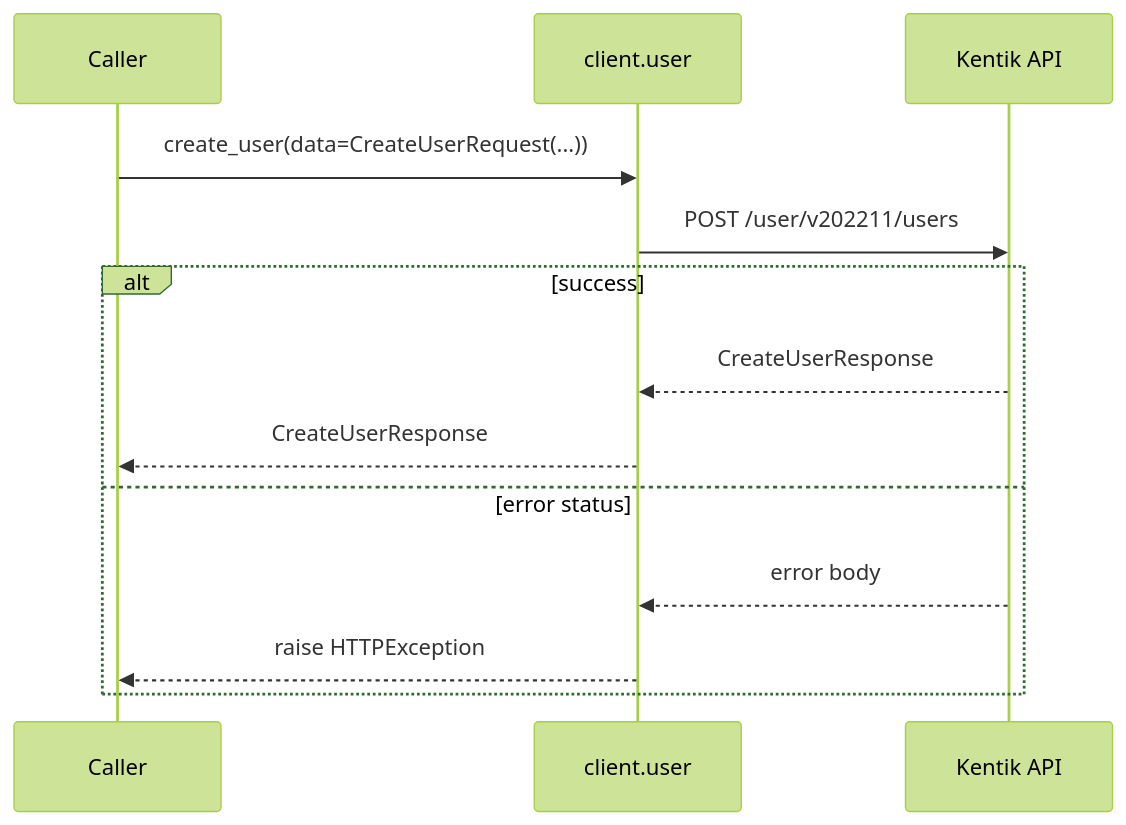
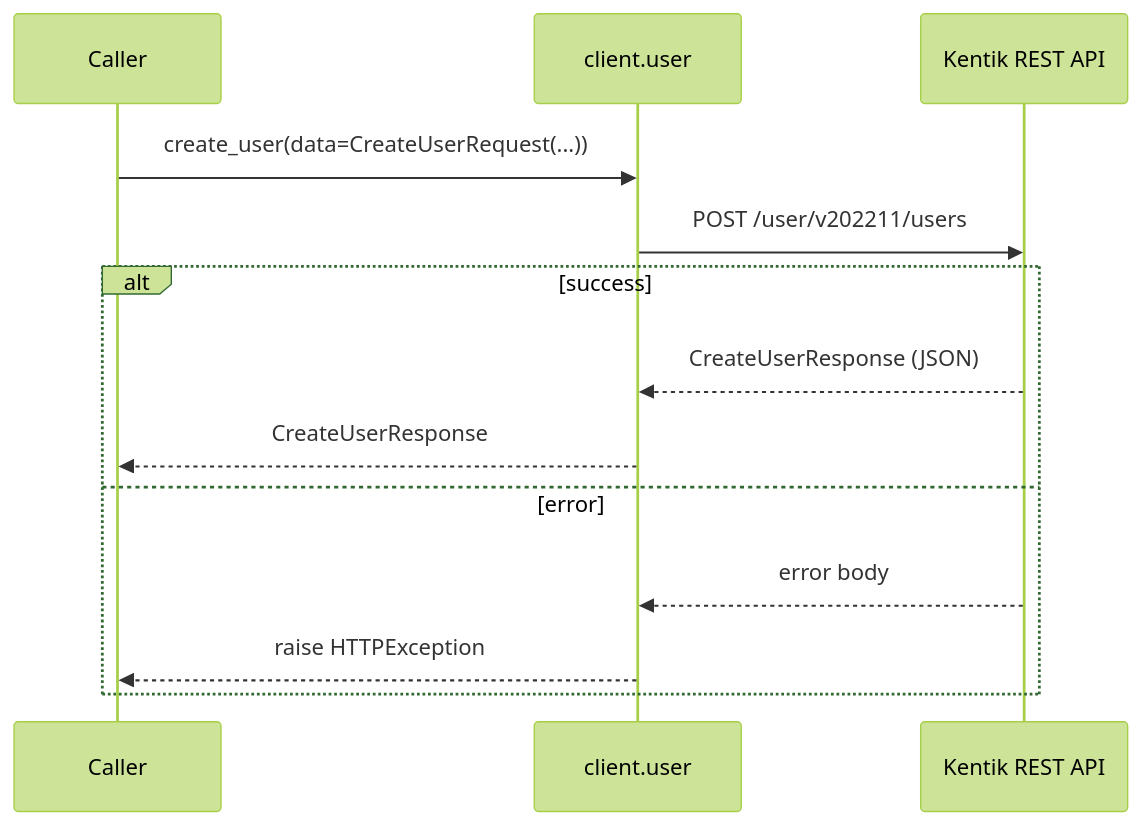
The fourth of 16 diagrams in docs/sphinx/services/user.md (alexdearaujo/community_sdk_python), drawn with Mermaid (forest theme) before and after one commit. The commit also changed other lines of this file and 61 other files, not shown here.

````diff
--- a/docs/sphinx/services/user.md
+++ b/docs/sphinx/services/user.md
@@ -75,16 +102,16 @@
 ```mermaid
 sequenceDiagram
     participant C as Caller
     participant W as client.user
-    participant API as Kentik API
+    participant API as Kentik REST API
 
     C->>W: create_user(data=CreateUserRequest(...))
     W->>API: POST /user/v202211/users
     alt success
-        API-->>W: CreateUserResponse
+        API-->>W: CreateUserResponse (JSON)
         W-->>C: CreateUserResponse
-    else error status
+    else error
         API-->>W: error body
         W-->>C: raise HTTPException
     end
 ```
````
